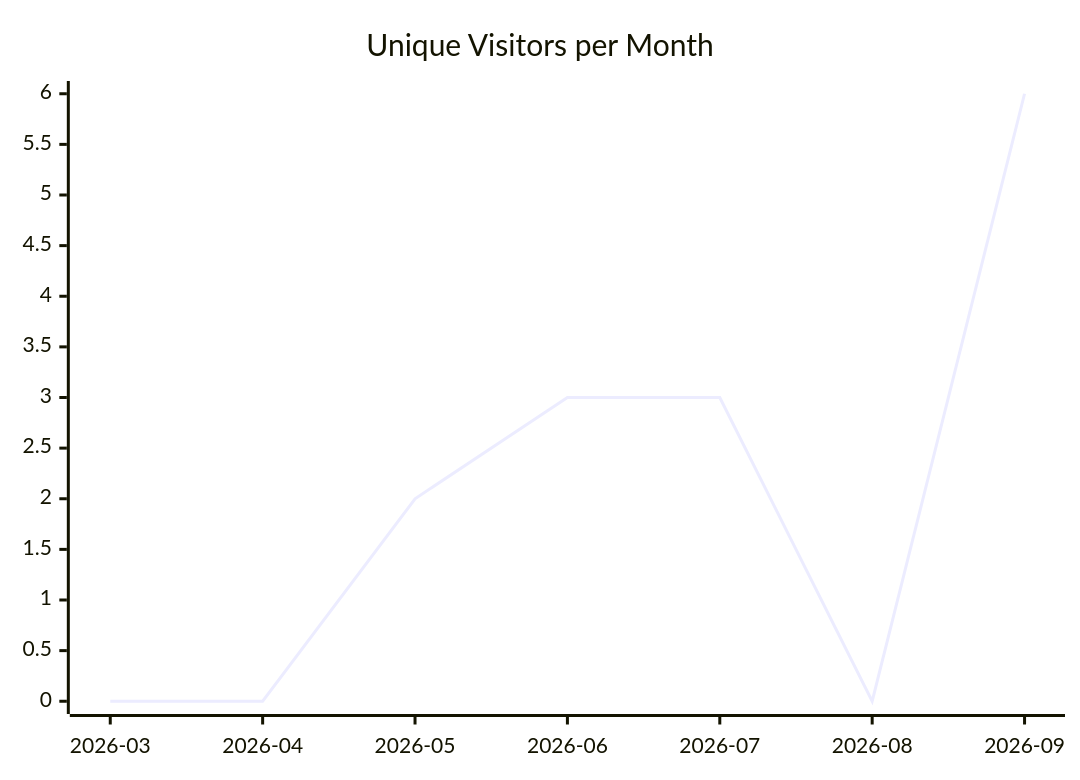
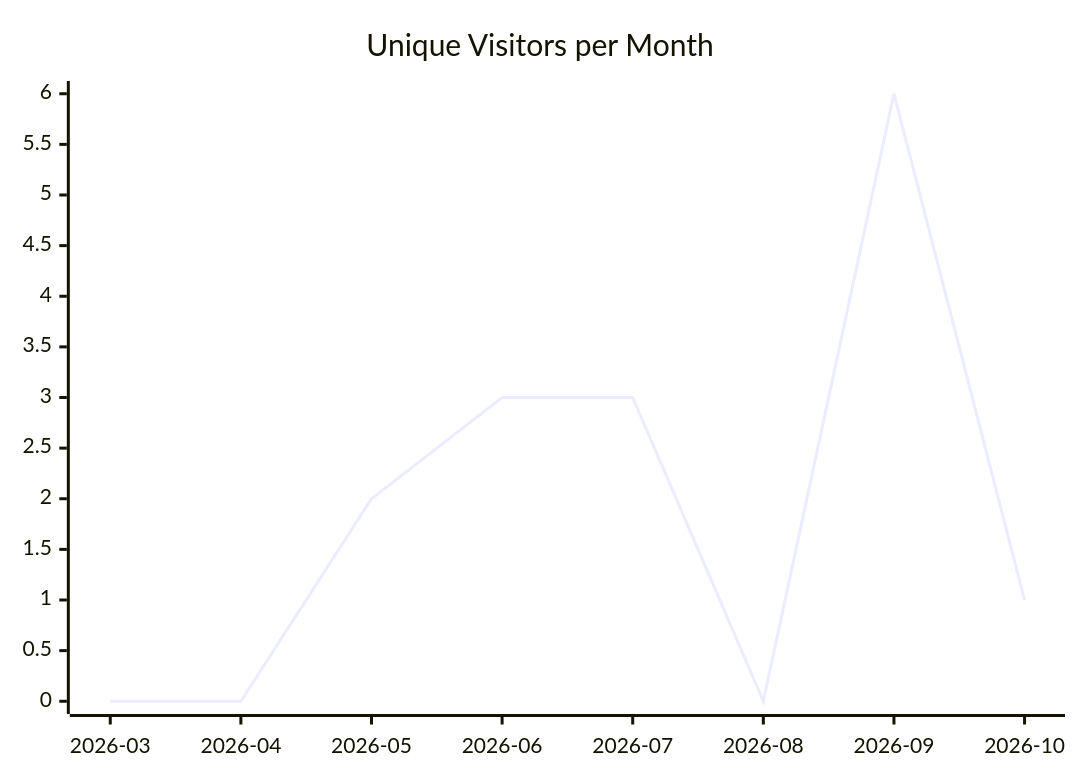
One commit to justdavis-family/github-analytics-data changed the first of 3 diagrams in karlmdavis/justdavis-karl/README.md. Above: the diagram before and after it, drawn with Mermaid. The commit also changed other lines of this file and 202 other files, not shown here.

````diff
--- a/karlmdavis/justdavis-karl/README.md
+++ b/karlmdavis/justdavis-karl/README.md
@@ -5,6 +5,6 @@
 ```mermaid
 xychart-beta
   title "Unique Visitors per Month"
-  x-axis ["2026-03", "2026-04", "2026-05", "2026-06", "2026-07", "2026-08", "2026-09"]
-  line [0, 0, 2, 3, 3, 0, 6]
+  x-axis ["2026-03", "2026-04", "2026-05", "2026-06", "2026-07", "2026-08", "2026-09", "2026-10"]
+  line [0, 0, 2, 3, 3, 0, 6, 1]
 ```
````
